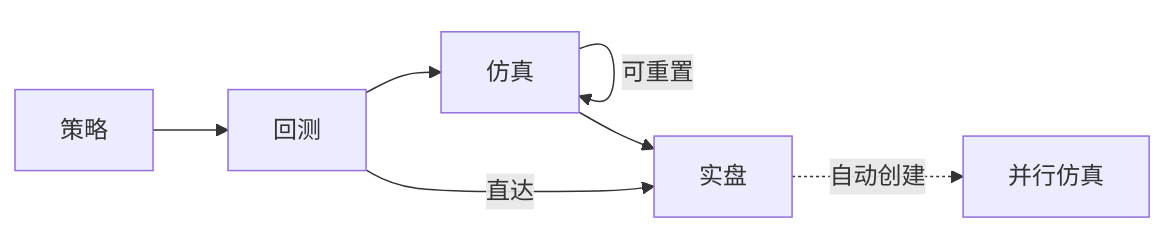
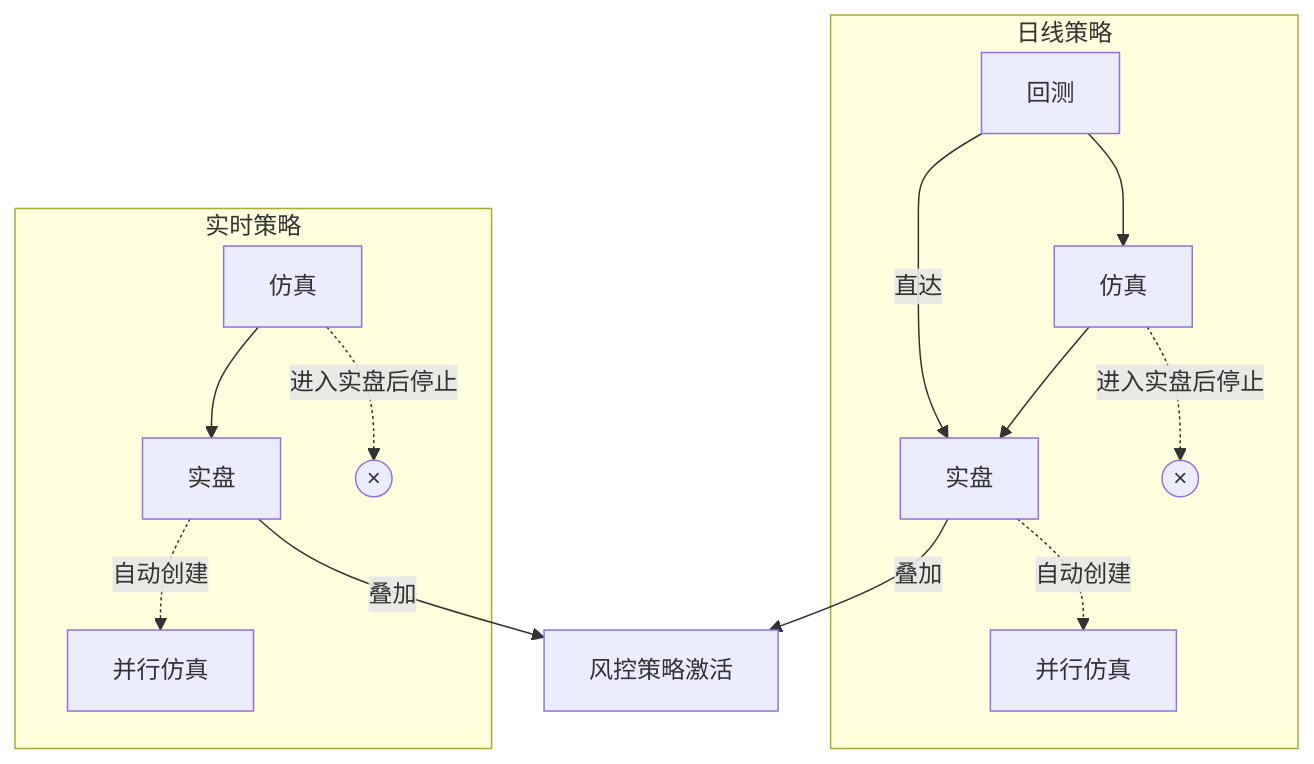
The diagram in .dev/specs/story.md (zillionare/millionaire), drawn with Mermaid before and after one commit. The commit also changed other lines of this file, not shown here.

````diff
--- a/.dev/specs/story.md
+++ b/.dev/specs/story.md
@@ -103,9 +176,19 @@
 ```mermaid
-graph LR
-    S[策略] --> B[回测]
-    B --> P1[仿真]
-    P1 -->|可重置| P1
-    P1 --> L[实盘]
-    B -->|直达| L
-    L -.->|自动创建| P2[并行仿真]
+graph TB
+    subgraph 日线策略
+        DB[回测] --> DP[仿真]
+        DP --> DL[实盘]
+        DP -.->|进入实盘后停止| X((×))
+        DB -->|直达| DL
+        DL -.->|自动创建| DP2[并行仿真]
+    end
+
+    subgraph 实时策略
+        RP[仿真] --> RL[实盘]
+        RL -.->|自动创建| RP2[并行仿真]
+        RP -.->|进入实盘后停止| Y((×))
+    end
+
+    DL -->|叠加| RC[风控策略激活]
+    RL -->|叠加| RC
 ```
````
